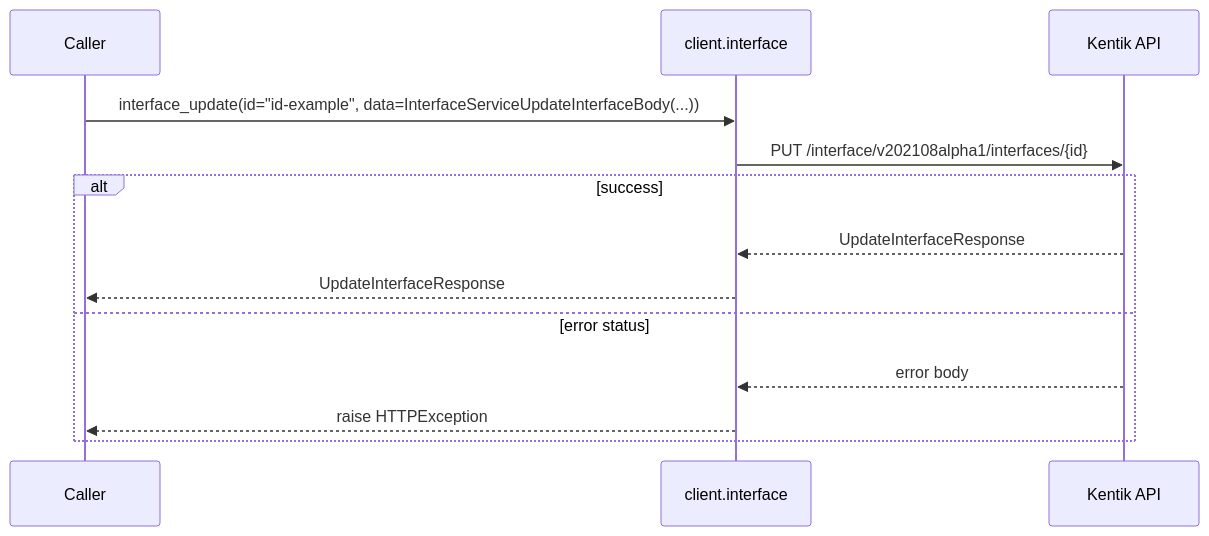
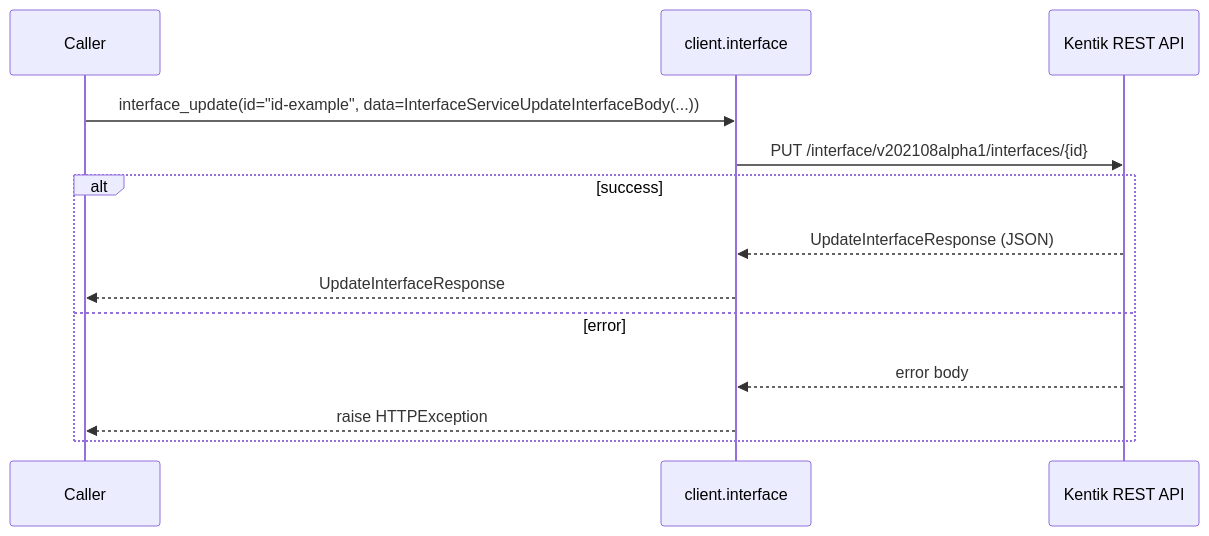
Before and after one commit to alexdearaujo/community_sdk_python: the eighth of 14 diagrams in docs/sphinx/services/interface.md, drawn with Mermaid. The commit also changed other lines of this file and 61 other files, not shown here.

````diff
--- a/docs/sphinx/services/interface.md
+++ b/docs/sphinx/services/interface.md
@@ -187,16 +264,16 @@
 ```mermaid
 sequenceDiagram
     participant C as Caller
     participant W as client.interface
-    participant API as Kentik API
+    participant API as Kentik REST API
 
     C->>W: interface_update(id="id-example", data=InterfaceServiceUpdateInterfaceBody(...))
     W->>API: PUT /interface/v202108alpha1/interfaces/{id}
     alt success
-        API-->>W: UpdateInterfaceResponse
+        API-->>W: UpdateInterfaceResponse (JSON)
         W-->>C: UpdateInterfaceResponse
-    else error status
+    else error
         API-->>W: error body
         W-->>C: raise HTTPException
     end
 ```
````
